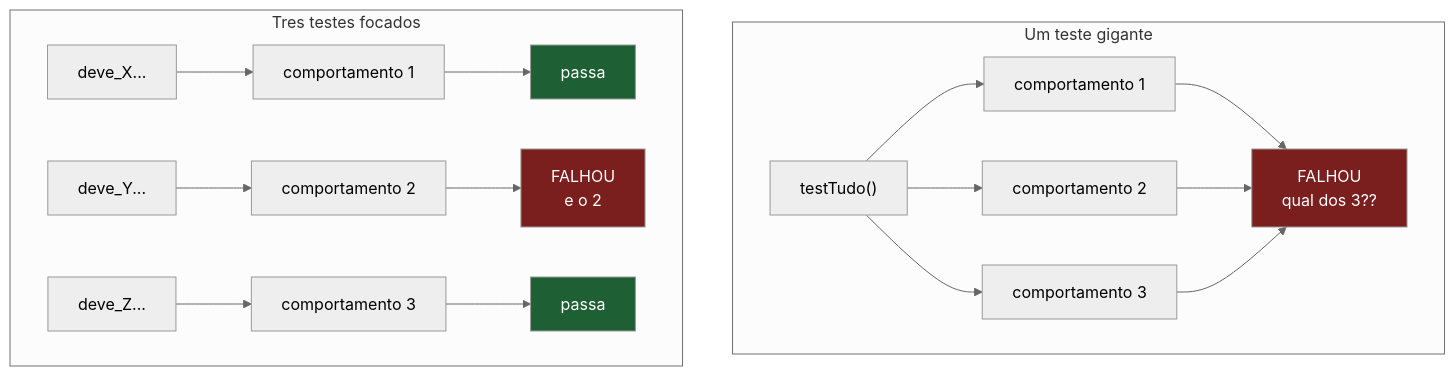
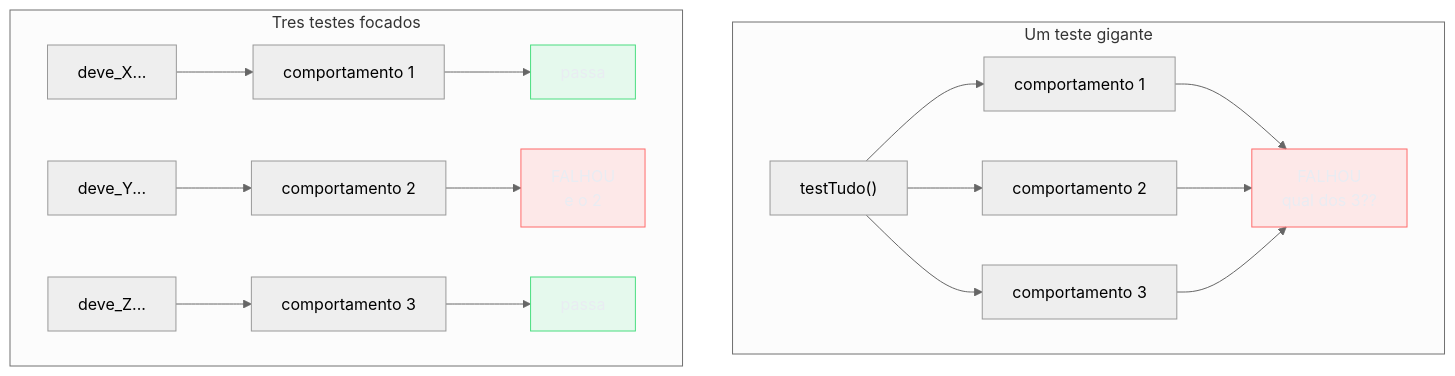
One commit to josenaldo/codex-technomanticus changed the third of 4 diagrams in 03-Dominios/Engenharia/Testes/03 - Anatomia de um bom teste.md. Above: the diagram before and after it, drawn with Mermaid (neutral theme). The commit also changed other lines of this file and 1181 other files, not shown here.

First line of the commit message:
fix(diagramas): paleta do sistema no lugar de cor cravada no markdown

````diff
--- a/03-Dominios/Engenharia/Testes/03 - Anatomia de um bom teste.md
+++ b/03-Dominios/Engenharia/Testes/03 - Anatomia de um bom teste.md
@@ -131,18 +134,20 @@
 ```mermaid
 flowchart TB
+    classDef falha fill:#FF6B6B24,stroke:#FF6B6B,color:#E9ECF2
+    classDef ok fill:#4ADE8021,stroke:#4ADE80,color:#E9ECF2
     subgraph Gigante["Um teste gigante"]
         T1["testTudo()"] --> C1["comportamento 1"]
         T1 --> C2["comportamento 2"]
         T1 --> C3["comportamento 3"]
         C1 & C2 & C3 --> F1["FALHOU<br/>qual dos 3??"]
     end
     subgraph Focados["Tres testes focados"]
         TA["deve_X..."] --> CA["comportamento 1"] --> FA["passa"]
         TB["deve_Y..."] --> CB["comportamento 2"] --> FB["FALHOU<br/>e o 2"]
         TC["deve_Z..."] --> CC["comportamento 3"] --> FC["passa"]
     end
-    style F1 fill:#7a1e1e,color:#fff
-    style FB fill:#7a1e1e,color:#fff
-    style FA fill:#1e5f33,color:#fff
-    style FC fill:#1e5f33,color:#fff
+    class F1 falha
+    class FB falha
+    class FA ok
+    class FC ok
 ```
````
